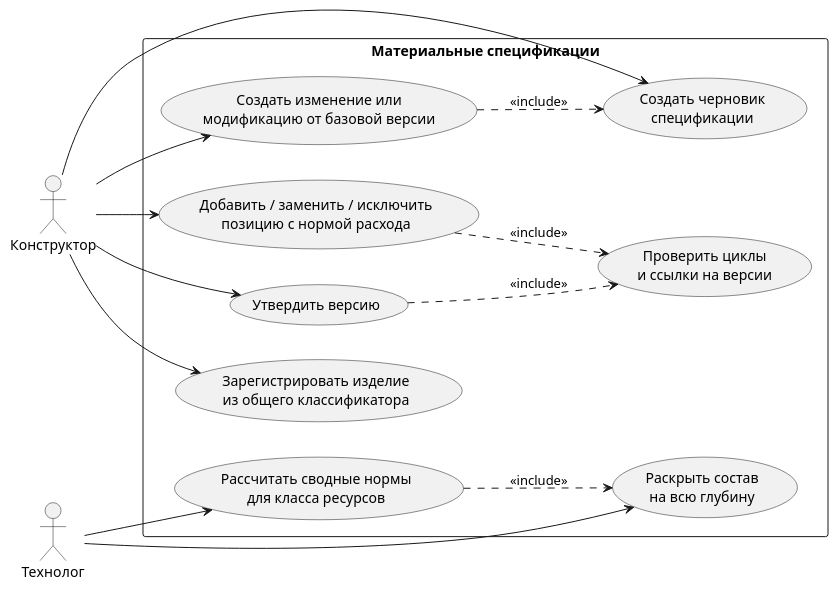
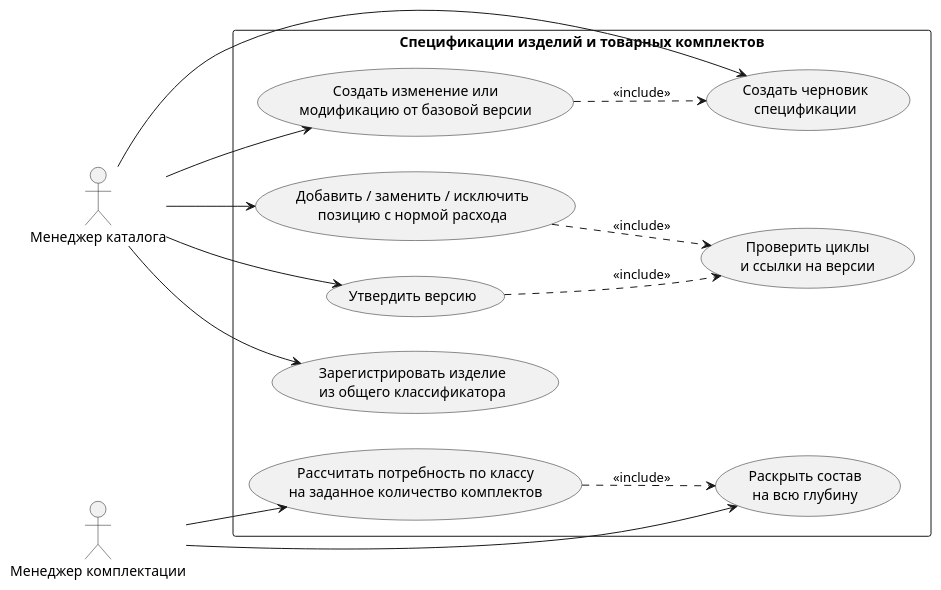
The diagram in docs/bom/use-cases.puml (Vector513/classifier), drawn with PlantUML before and after one commit. The commit also changed 21 other files, not shown here.

```diff
--- a/docs/bom/use-cases.puml
+++ b/docs/bom/use-cases.puml
@@ -1,26 +1,26 @@
 @startuml
 left to right direction
-actor "Конструктор" as Author
-actor "Технолог" as Planner
-rectangle "Материальные спецификации" {
+actor "Менеджер каталога" as Author
+actor "Менеджер комплектации" as Planner
+rectangle "Спецификации изделий и товарных комплектов" {
  usecase "Зарегистрировать изделие\nиз общего классификатора" as Register
  usecase "Создать черновик\nспецификации" as Draft
  usecase "Добавить / заменить / исключить\nпозицию с нормой расхода" as Edit
  usecase "Создать изменение или\nмодификацию от базовой версии" as Variant
  usecase "Утвердить версию" as Release
  usecase "Проверить циклы\nи ссылки на версии" as Validate
  usecase "Раскрыть состав\nна всю глубину" as Explode
- usecase "Рассчитать сводные нормы\nдля класса ресурсов" as Totals
+ usecase "Рассчитать потребность по классу\nна заданное количество комплектов" as Totals
 }
 Author --> Register
 Author --> Draft
 Author --> Edit
 Author --> Variant
 Author --> Release
 Edit ..> Validate : <<include>>
 Release ..> Validate : <<include>>
 Variant ..> Draft : <<include>>
 Planner --> Explode
 Planner --> Totals
 Totals ..> Explode : <<include>>
 @enduml
```
